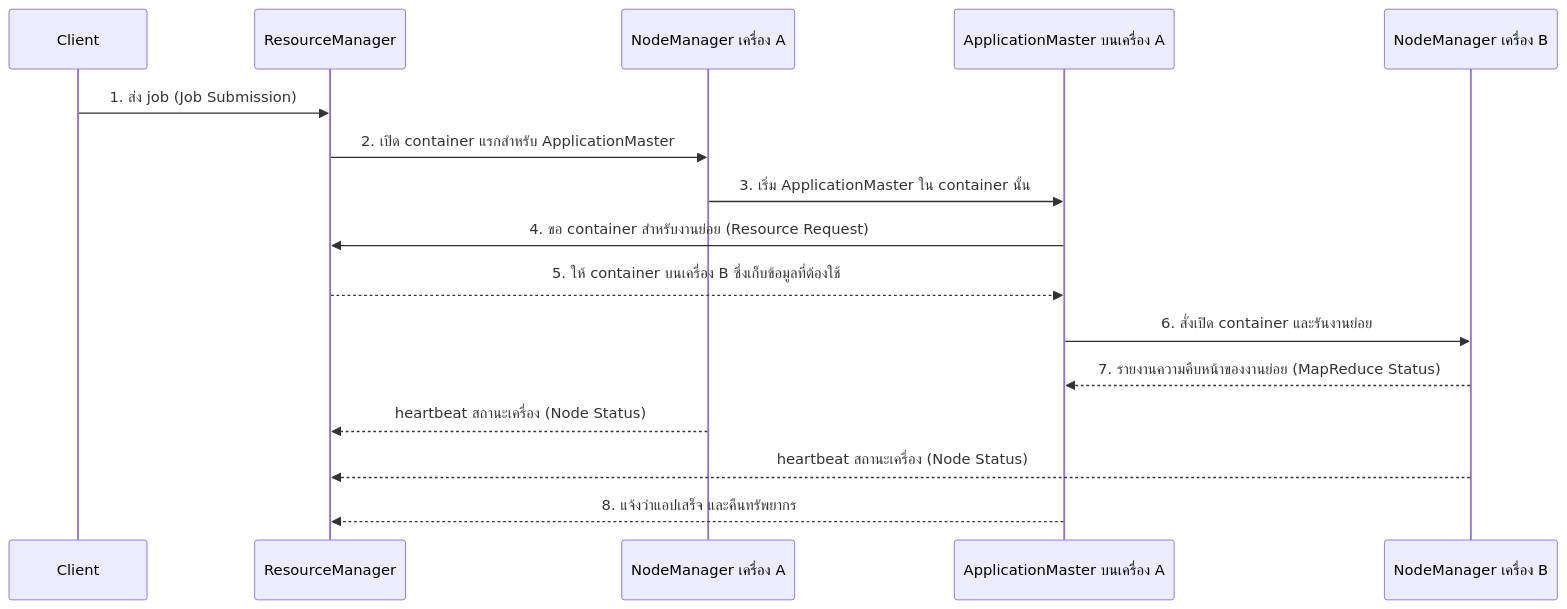
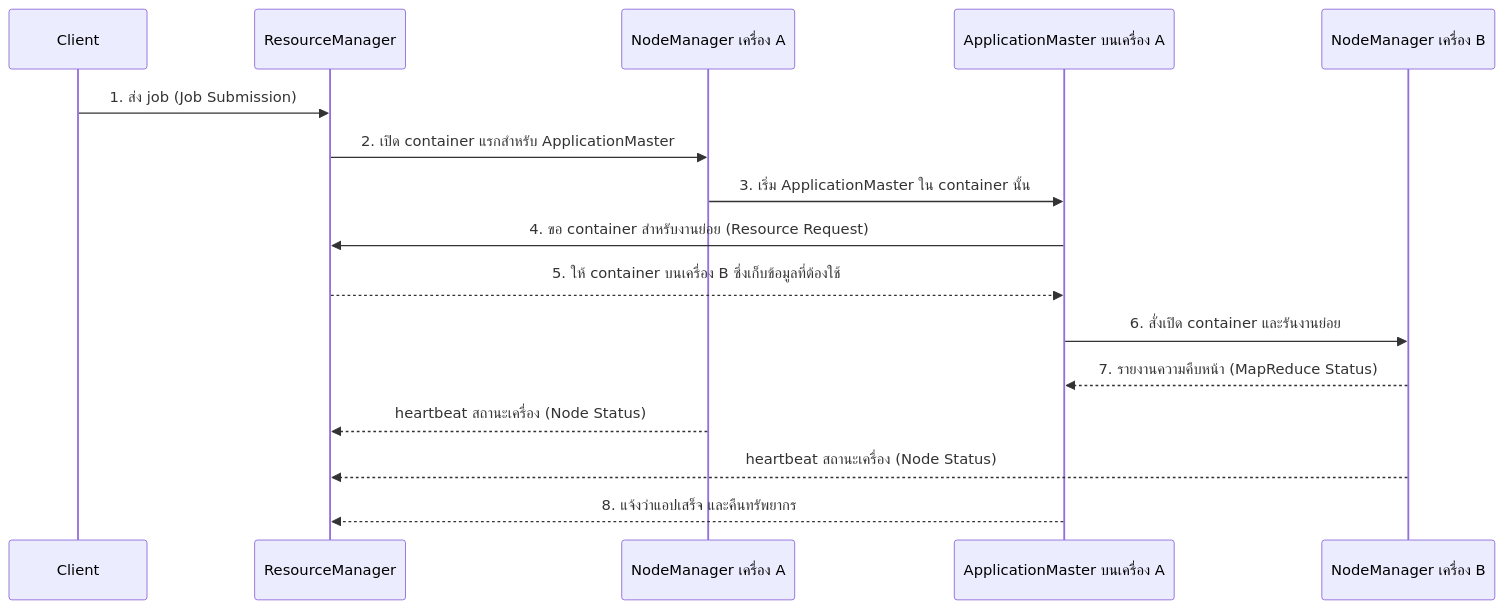
The seventh of 12 diagrams in dads6002-big-data-analytics/summary/01_hadoop[claude].md (mdanmek/nida-dads-notes), drawn with Mermaid before and after one commit. The commit also changed other lines of this file, not shown here.

````diff
--- a/dads6002-big-data-analytics/summary/01_hadoop[claude].md
+++ b/dads6002-big-data-analytics/summary/01_hadoop[claude].md
@@ -515,18 +276,18 @@
 ```mermaid
 sequenceDiagram
     participant CL as Client
     participant RM as ResourceManager
     participant NM1 as NodeManager เครื่อง A
     participant AM as ApplicationMaster บนเครื่อง A
     participant NM2 as NodeManager เครื่อง B
     CL->>RM: 1. ส่ง job (Job Submission)
     RM->>NM1: 2. เปิด container แรกสำหรับ ApplicationMaster
     NM1->>AM: 3. เริ่ม ApplicationMaster ใน container นั้น
     AM->>RM: 4. ขอ container สำหรับงานย่อย (Resource Request)
     RM-->>AM: 5. ให้ container บนเครื่อง B ซึ่งเก็บข้อมูลที่ต้องใช้
     AM->>NM2: 6. สั่งเปิด container และรันงานย่อย
-    NM2-->>AM: 7. รายงานความคืบหน้าของงานย่อย (MapReduce Status)
+    NM2-->>AM: 7. รายงานความคืบหน้า (MapReduce Status)
     NM1-->>RM: heartbeat สถานะเครื่อง (Node Status)
     NM2-->>RM: heartbeat สถานะเครื่อง (Node Status)
     AM-->>RM: 8. แจ้งว่าแอปเสร็จ และคืนทรัพยากร
 ```
````
